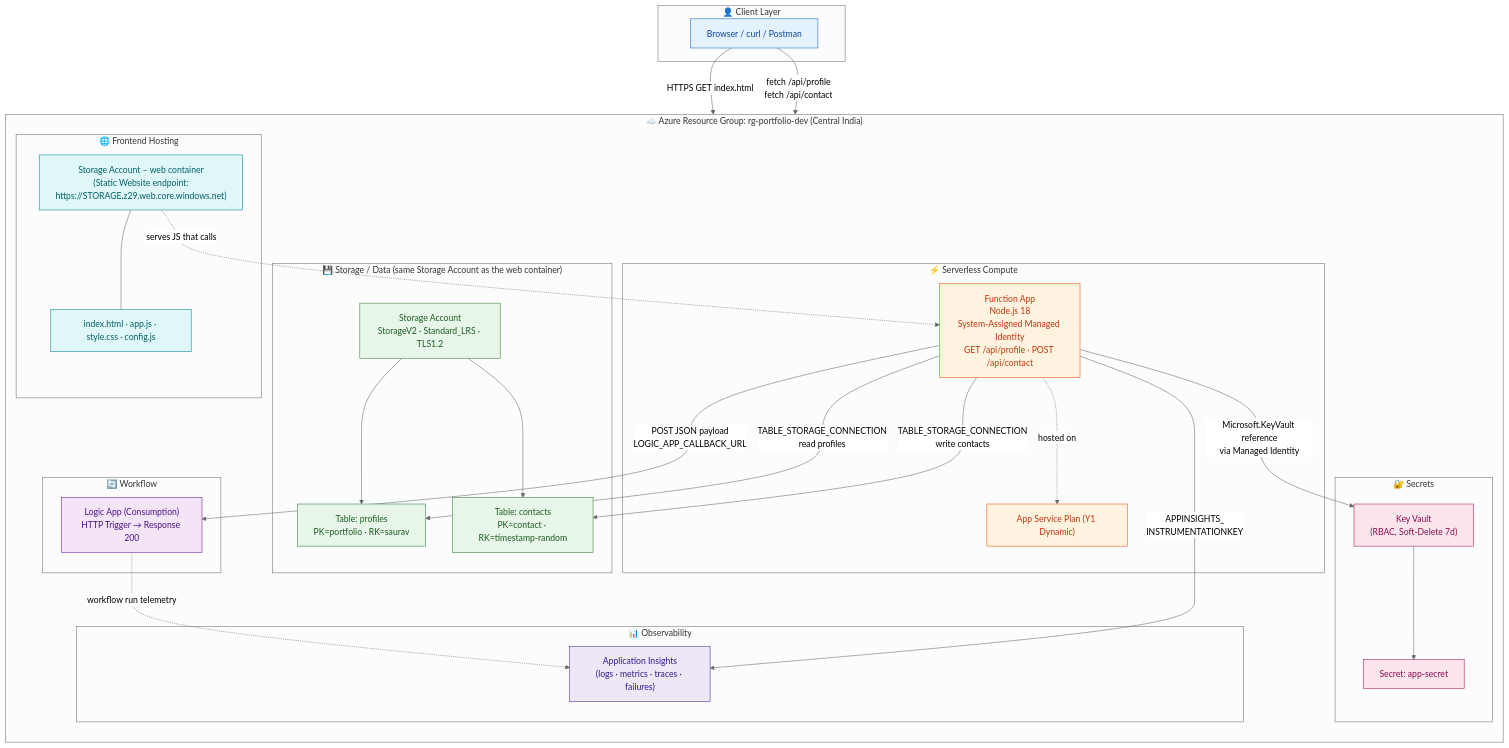
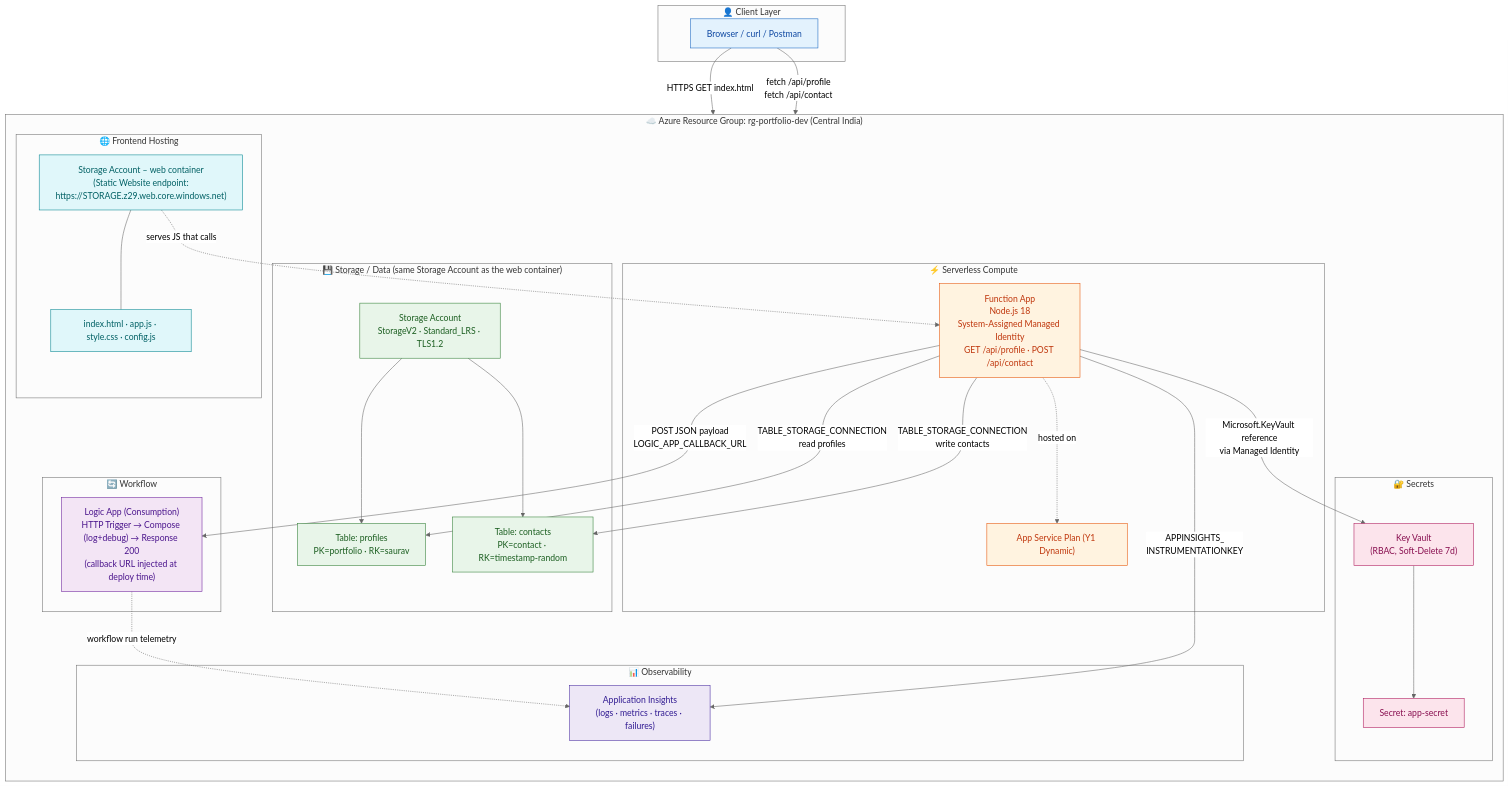
One commit to ganguly298/Portfolio-project changed the first of 7 diagrams in README.md. Above: the diagram before and after it, drawn with Mermaid (neutral theme). The commit also changed other lines of this file and 4 other files, not shown here.

First line of the commit message:
Wire Logic App callback URL into Function App + fix HTTP body parsing

````diff
--- a/README.md
+++ b/README.md
@@ -105,71 +105,71 @@
 ```mermaid
 flowchart TB
     subgraph Client["👤 Client Layer"]
         Browser["Browser / curl / Postman"]
     end
 
     subgraph Azure["☁️ Azure Resource Group: rg-portfolio-dev (Central India)"]
         direction TB
 
         subgraph Frontend["🌐 Frontend Hosting"]
             BlobWeb["Storage Account – web container<br/>(Static Website endpoint:<br/>https://STORAGE.z29.web.core.windows.net)"]
             StaticFiles["index.html · app.js · style.css · config.js"]
             BlobWeb --- StaticFiles
         end
 
         subgraph Compute["⚡ Serverless Compute"]
             Plan["App Service Plan (Y1 Dynamic)"]
             FuncApp["Function App<br/>Node.js 18<br/>System-Assigned Managed Identity<br/>GET /api/profile · POST /api/contact"]
             FuncApp -.hosted on.-> Plan
         end
 
         subgraph Data["💾 Storage / Data (same Storage Account as the web container)"]
             StAcct["Storage Account<br/>StorageV2 · Standard_LRS · TLS1.2"]
             TableProfiles["Table: profiles<br/>PK=portfolio · RK=saurav"]
             TableContacts["Table: contacts<br/>PK=contact · RK=timestamp-random"]
             StAcct --> TableProfiles
             StAcct --> TableContacts
         end
 
         subgraph Secrets["🔐 Secrets"]
             KV["Key Vault<br/>(RBAC, Soft-Delete 7d)"]
             Secret["Secret: app-secret"]
             KV --> Secret
         end
 
         subgraph Workflow["🔄 Workflow"]
-            LogicApp["Logic App (Consumption)<br/>HTTP Trigger → Response 200"]
+            LogicApp["Logic App (Consumption)<br/>HTTP Trigger → Compose (log+debug) → Response 200<br/>(callback URL injected at deploy time)"]
         end
 
         subgraph Observability["📊 Observability"]
             AppInsights["Application Insights<br/>(logs · metrics · traces · failures)"]
         end
     end
 
     Browser -->|HTTPS GET index.html| BlobWeb
     Browser -->|fetch /api/profile<br/>fetch /api/contact| FuncApp
     BlobWeb -.serves JS that calls.-> FuncApp
 
     FuncApp -->|TABLE_STORAGE_CONNECTION<br/>read profiles| TableProfiles
     FuncApp -->|TABLE_STORAGE_CONNECTION<br/>write contacts| TableContacts
     FuncApp -->|POST JSON payload<br/>LOGIC_APP_CALLBACK_URL| LogicApp
     FuncApp -->|Microsoft.KeyVault reference<br/>via Managed Identity| KV
     FuncApp -->|APPINSIGHTS_<br/>INSTRUMENTATIONKEY| AppInsights
     LogicApp -.workflow run telemetry.-> AppInsights
 
     classDef client fill:#e3f2fd,stroke:#1565c0,color:#0d47a1
     classDef compute fill:#fff3e0,stroke:#e65100,color:#bf360c
     classDef data fill:#e8f5e9,stroke:#2e7d32,color:#1b5e20
     classDef secret fill:#fce4ec,stroke:#ad1457,color:#880e4f
     classDef workflow fill:#f3e5f5,stroke:#6a1b9a,color:#4a148c
     classDef monitor fill:#ede7f6,stroke:#4527a0,color:#311b92
     classDef frontend fill:#e0f7fa,stroke:#00838f,color:#006064
 
     class Browser client
     class FuncApp,Plan compute
     class StAcct,TableProfiles,TableContacts data
     class KV,Secret secret
     class LogicApp workflow
     class AppInsights monitor
     class BlobWeb,StaticFiles frontend
 ```
````
